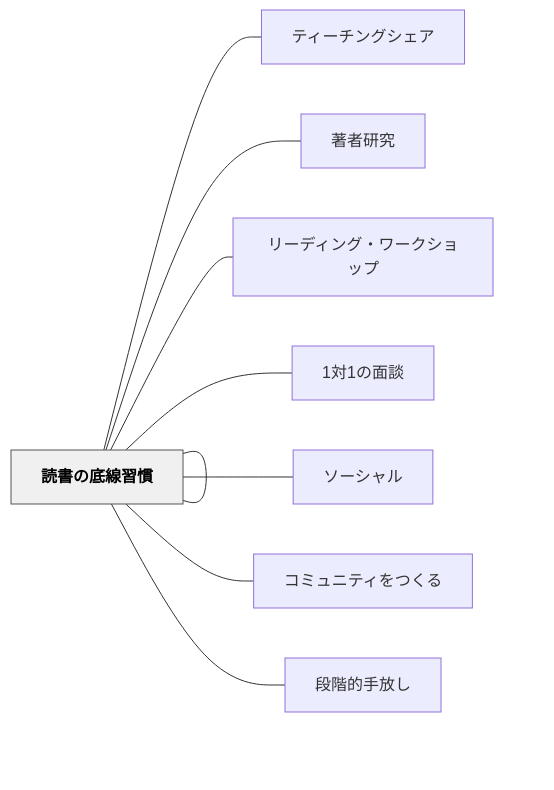
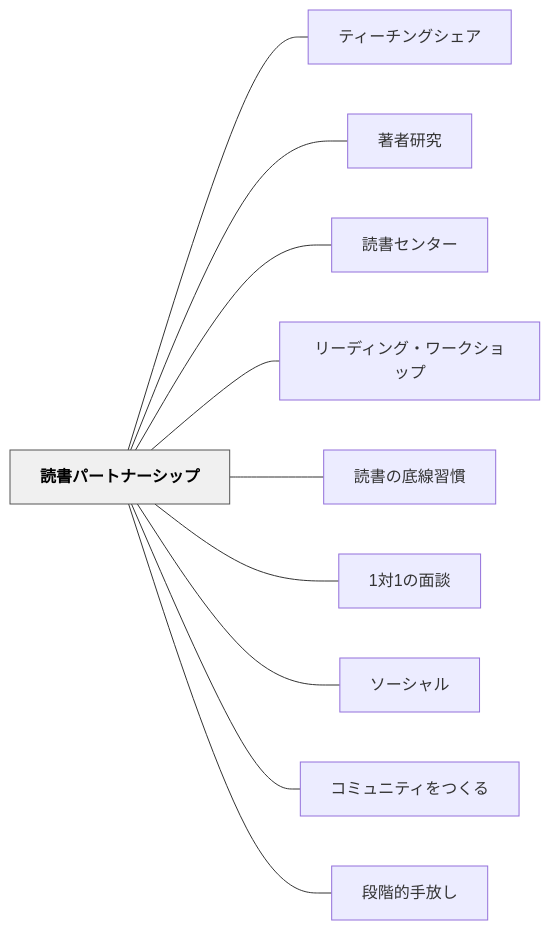
One commit to unknownthings-ed-patterns/unknownthings-ed-patterns changed the diagram in content/パタン/読書パートナーシップ.md. Above: the diagram before and after it, drawn with Mermaid. The commit also changed 527 other files, not shown here.

````diff
--- a/content/パタン/読書パートナーシップ.md
+++ b/content/パタン/読書パートナーシップ.md
@@ -92,26 +92,26 @@
 ```mermaid
 flowchart LR
-    ne8aaade69bb8["読書パートナーシップ"]
-    ne38386e382a3["ティーチングシェア"]
-    ne89197e88085["著者研究"]
-    ne8aaade69bb8["読書センター"]
-    ne383aae383bc["リーディング・ワークショップ"]
-    ne8aaade69bb8["読書の底線習慣"]
-    n31e5afbe31e3["1対1の面談"]
-    ne382bde383bc["ソーシャル"]
-    ne382b3e3839f["コミュニティをつくる"]
-    ne6aeb5e99a8e["段階的手放し"]
+    ne8aaade69bb8e38391e383bce38388e3838ae383bce382b7e38383e38397["読書パートナーシップ"]
+    ne38386e382a3e383bce38381e383b3e382b0e382b7e382a7e382a2["ティーチングシェア"]
+    ne89197e88085e7a094e7a9b6["著者研究"]
+    ne8aaade69bb8e382bbe383b3e382bfe383bc["読書センター"]
+    ne383aae383bce38387e382a3e383b3e382b0e383bbe383afe383bce382afe382b7e383a7e38383e38397["リーディング・ワークショップ"]
+    ne8aaade69bb8e381aee5ba95e7b79ae7bf92e685a3["読書の底線習慣"]
+    n31e5afbe31e381aee99da2e8ab87["1対1の面談"]
+    ne382bde383bce382b7e383a3e383ab["ソーシャル"]
+    ne382b3e3839fe383a5e3838be38386e382a3e38292e381a4e3818fe3828b["コミュニティをつくる"]
+    ne6aeb5e99a8ee79a84e6898be694bee38197["段階的手放し"]
 
-    ne8aaade69bb8 --- ne38386e382a3
-    ne8aaade69bb8 --- ne89197e88085
-    ne8aaade69bb8 --- ne8aaade69bb8
-    ne8aaade69bb8 --- ne383aae383bc
-    ne8aaade69bb8 --- ne8aaade69bb8
-    ne8aaade69bb8 --- n31e5afbe31e3
-    ne8aaade69bb8 --- ne382bde383bc
-    ne8aaade69bb8 --- ne382b3e3839f
-    ne8aaade69bb8 --- ne6aeb5e99a8e
+    ne8aaade69bb8e38391e383bce38388e3838ae383bce382b7e38383e38397 --- ne38386e382a3e383bce38381e383b3e382b0e382b7e382a7e382a2
+    ne8aaade69bb8e38391e383bce38388e3838ae383bce382b7e38383e38397 --- ne89197e88085e7a094e7a9b6
+    ne8aaade69bb8e38391e383bce38388e3838ae383bce382b7e38383e38397 --- ne8aaade69bb8e382bbe383b3e382bfe383bc
+    ne8aaade69bb8e38391e383bce38388e3838ae383bce382b7e38383e38397 --- ne383aae383bce38387e382a3e383b3e382b0e383bbe383afe383bce382afe382b7e383a7e38383e38397
+    ne8aaade69bb8e38391e383bce38388e3838ae383bce382b7e38383e38397 --- ne8aaade69bb8e381aee5ba95e7b79ae7bf92e685a3
+    ne8aaade69bb8e38391e383bce38388e3838ae383bce382b7e38383e38397 --- n31e5afbe31e381aee99da2e8ab87
+    ne8aaade69bb8e38391e383bce38388e3838ae383bce382b7e38383e38397 --- ne382bde383bce382b7e383a3e383ab
+    ne8aaade69bb8e38391e383bce38388e3838ae383bce382b7e38383e38397 --- ne382b3e3839fe383a5e3838be38386e382a3e38292e381a4e3818fe3828b
+    ne8aaade69bb8e38391e383bce38388e3838ae383bce382b7e38383e38397 --- ne6aeb5e99a8ee79a84e6898be694bee38197
 
     classDef hub fill:#f0f0f0,stroke:#555,color:#000,font-weight:bold
-    class ne8aaade69bb8 hub
+    class ne8aaade69bb8e38391e383bce38388e3838ae383bce382b7e38383e38397 hub
 ```
````
